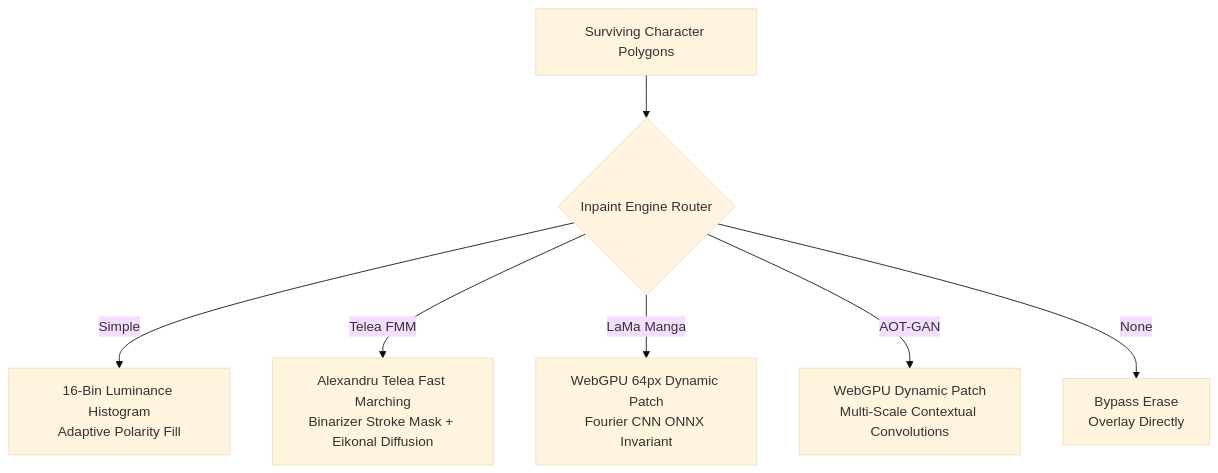
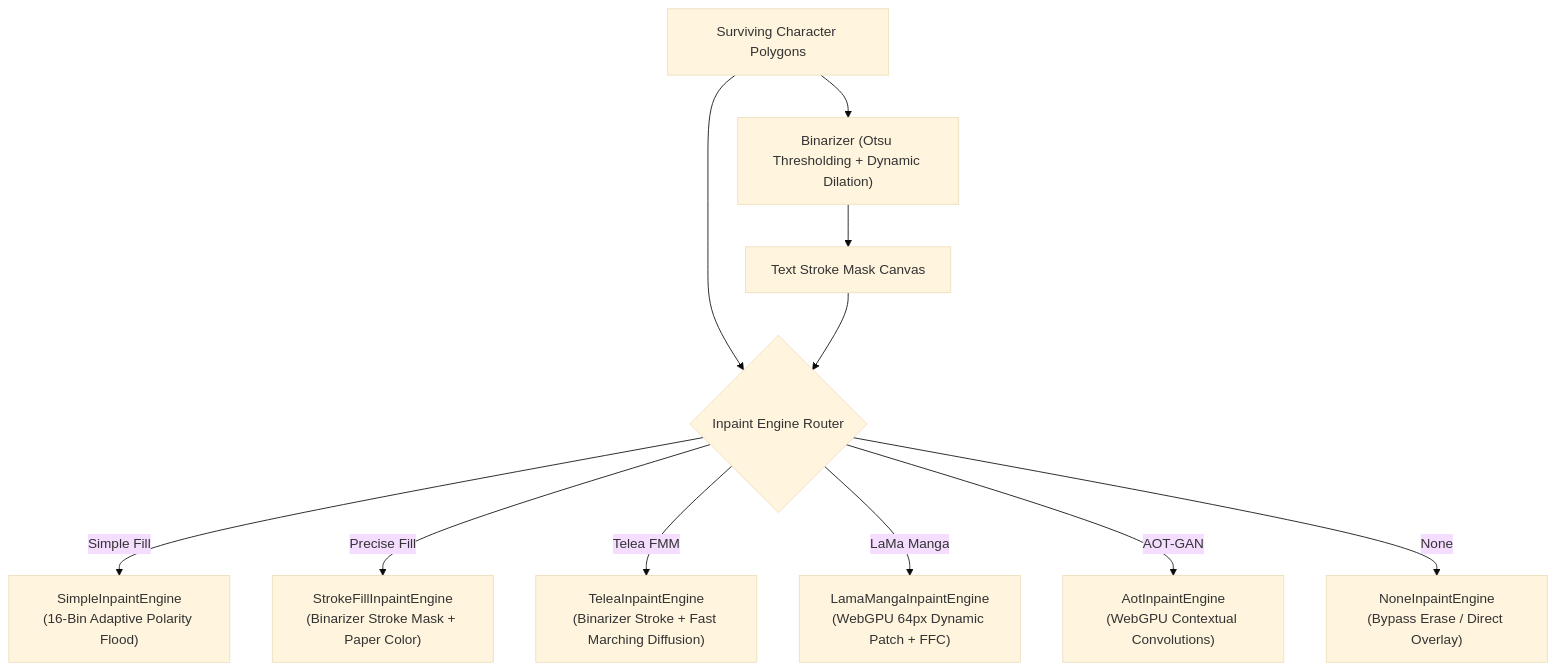
The second of 5 diagrams in docs/architecture/pipeline.md (Unheat/Kites), drawn with Mermaid (base theme) before and after one commit. The commit also changed other lines of this file and 4 other files, not shown here.

Commit message:
docs: fix Mermaid syntax errors, document Binarizer, and align all 6 inpaint tiers

````diff
--- a/docs/architecture/pipeline.md
+++ b/docs/architecture/pipeline.md
@@ -141,9 +148,15 @@
 ```mermaid
 graph TD
-    Mask[Surviving Character Polygons] --> Choice{Inpaint Engine Router}
-    Choice -->|Simple| Simple[16-Bin Luminance Histogram<br/>Adaptive Polarity Fill]
-    Choice -->|Telea FMM| Telea[Alexandru Telea Fast Marching<br/>Binarizer Stroke Mask + Eikonal Diffusion]
-    Choice -->|LaMa Manga| LaMa[WebGPU 64px Dynamic Patch<br/>Fourier CNN ONNX Invariant]
-    Choice -->|AOT-GAN| AOT[WebGPU Dynamic Patch<br/>Multi-Scale Contextual Convolutions]
-    Choice -->|None| None[Bypass Erase<br/>Overlay Directly]
+    Mask[Surviving Character Polygons] --> Binarizer["Binarizer (Otsu Thresholding + Dynamic Dilation)"]
+    Binarizer --> StrokeMask["Text Stroke Mask Canvas"]
+
+    Mask --> EngineRouter{Inpaint Engine Router}
+    StrokeMask --> EngineRouter
+
+    EngineRouter -->|Simple Fill| Simple["SimpleInpaintEngine<br/>(16-Bin Adaptive Polarity Flood)"]
+    EngineRouter -->|Precise Fill| Precise["StrokeFillInpaintEngine<br/>(Binarizer Stroke Mask + Paper Color)"]
+    EngineRouter -->|Telea FMM| Telea["TeleaInpaintEngine<br/>(Binarizer Stroke + Fast Marching Diffusion)"]
+    EngineRouter -->|LaMa Manga| LaMa["LamaMangaInpaintEngine<br/>(WebGPU 64px Dynamic Patch + FFC)"]
+    EngineRouter -->|AOT-GAN| AOT["AotInpaintEngine<br/>(WebGPU Contextual Convolutions)"]
+    EngineRouter -->|None| None["NoneInpaintEngine<br/>(Bypass Erase / Direct Overlay)"]
 ```
````
